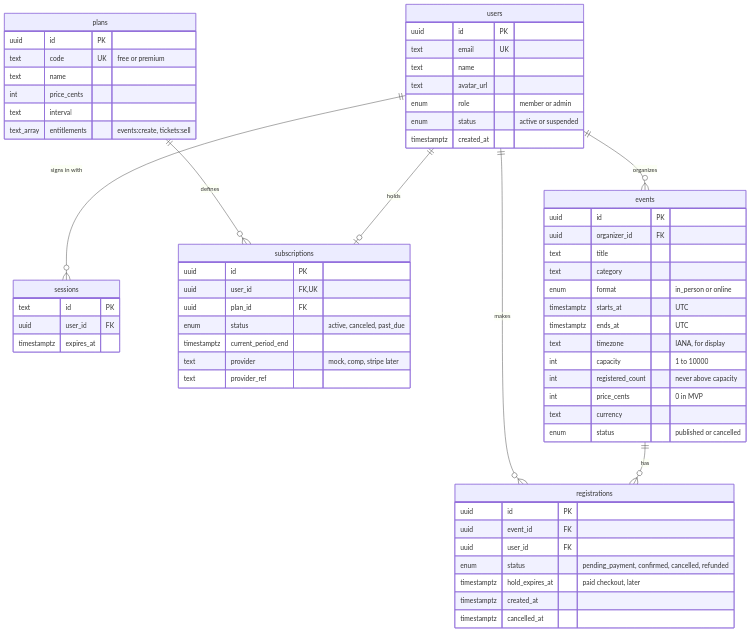
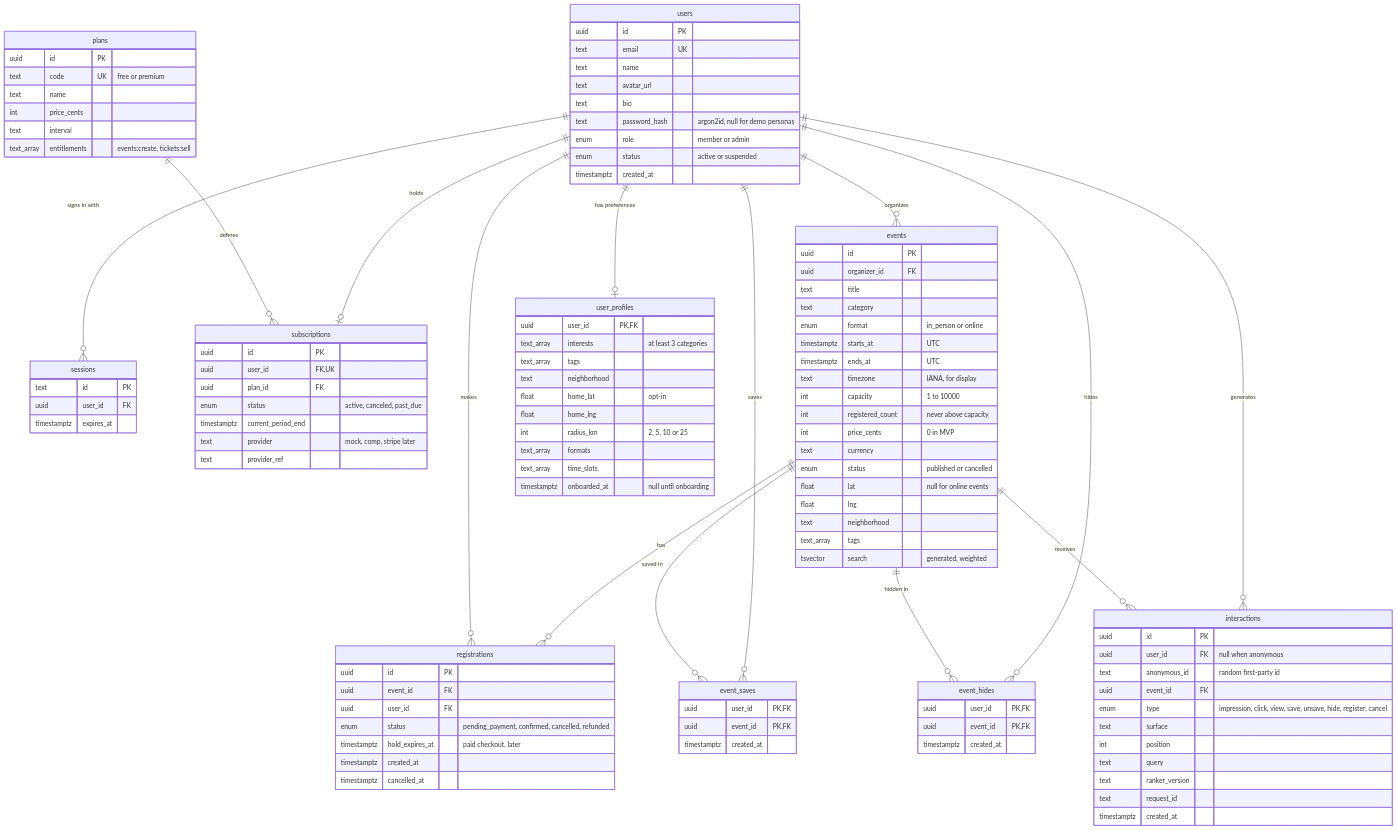
The fifth of 7 diagrams in docs/architecture.md (khanovico/gatherly), drawn with Mermaid before and after one commit. The commit also changed other lines of this file and 7 other files, not shown here.

````diff
--- a/docs/architecture.md
+++ b/docs/architecture.md
@@ -153,12 +155,21 @@
   users ||--o{ events : "organizes"
   events ||--o{ registrations : "has"
   users ||--o{ registrations : "makes"
+  users ||--o| user_profiles : "has preferences"
+  users ||--o{ event_saves : "saves"
+  events ||--o{ event_saves : "saved in"
+  users ||--o{ event_hides : "hides"
+  events ||--o{ event_hides : "hidden in"
+  users ||--o{ interactions : "generates"
+  events ||--o{ interactions : "receives"
 
   users {
     uuid id PK
     text email UK
     text name
     text avatar_url
+    text bio
+    text password_hash "argon2id, null for demo personas"
     enum role "member or admin"
     enum status "active or suspended"
     timestamptz created_at
@@ -199,6 +210,11 @@
     int price_cents "0 in MVP"
     text currency
     enum status "published or cancelled"
+    float lat "null for online events"
+    float lng
+    text neighborhood
+    text_array tags
+    tsvector search "generated, weighted"
   }
   registrations {
     uuid id PK
@@ -209,4 +225,39 @@
     timestamptz created_at
     timestamptz cancelled_at
   }
+  user_profiles {
+    uuid user_id PK, FK
+    text_array interests "at least 3 categories"
+    text_array tags
+    text neighborhood
+    float home_lat "opt-in"
+    float home_lng
+    int radius_km "2, 5, 10 or 25"
+    text_array formats
+    text_array time_slots
+    timestamptz onboarded_at "null until onboarding"
+  }
+  event_saves {
+    uuid user_id PK, FK
+    uuid event_id PK, FK
+    timestamptz created_at
+  }
+  event_hides {
+    uuid user_id PK, FK
+    uuid event_id PK, FK
+    timestamptz created_at
+  }
+  interactions {
+    uuid id PK
+    uuid user_id FK "null when anonymous"
+    text anonymous_id "random first-party id"
+    uuid event_id FK
+    enum type "impression, click, view, save, unsave, hide, register, cancel"
+    text surface
+    int position
+    text query
+    text ranker_version
+    text request_id
+    timestamptz created_at
+  }
 ```
````
